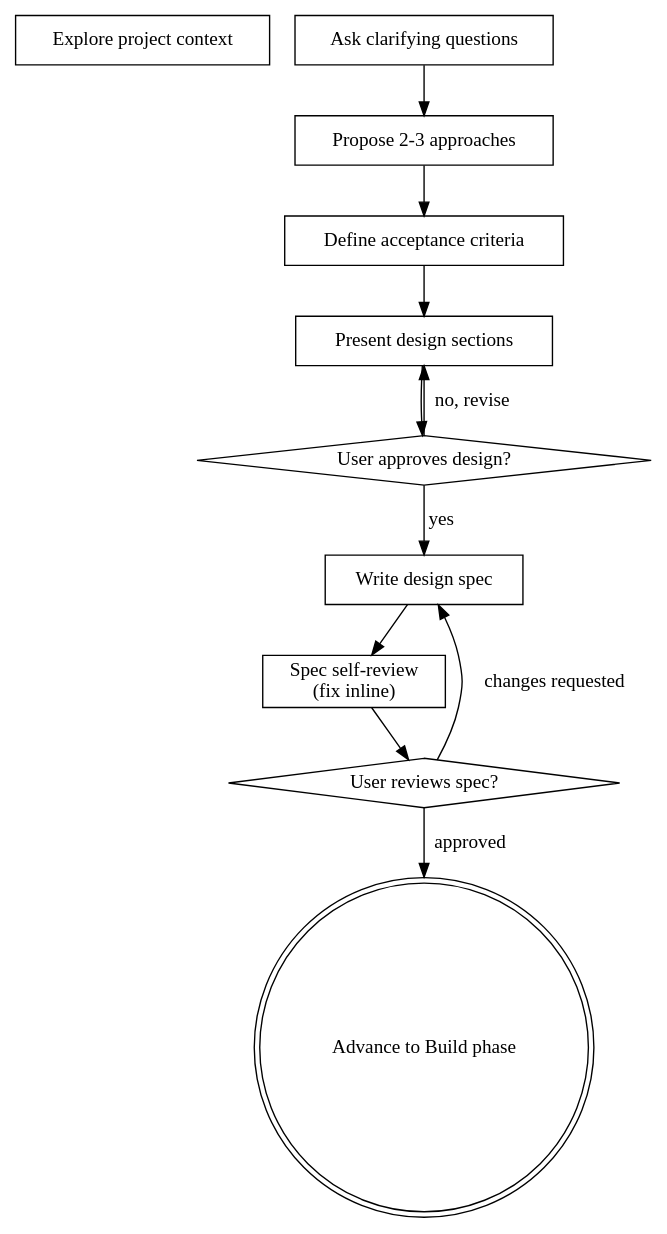
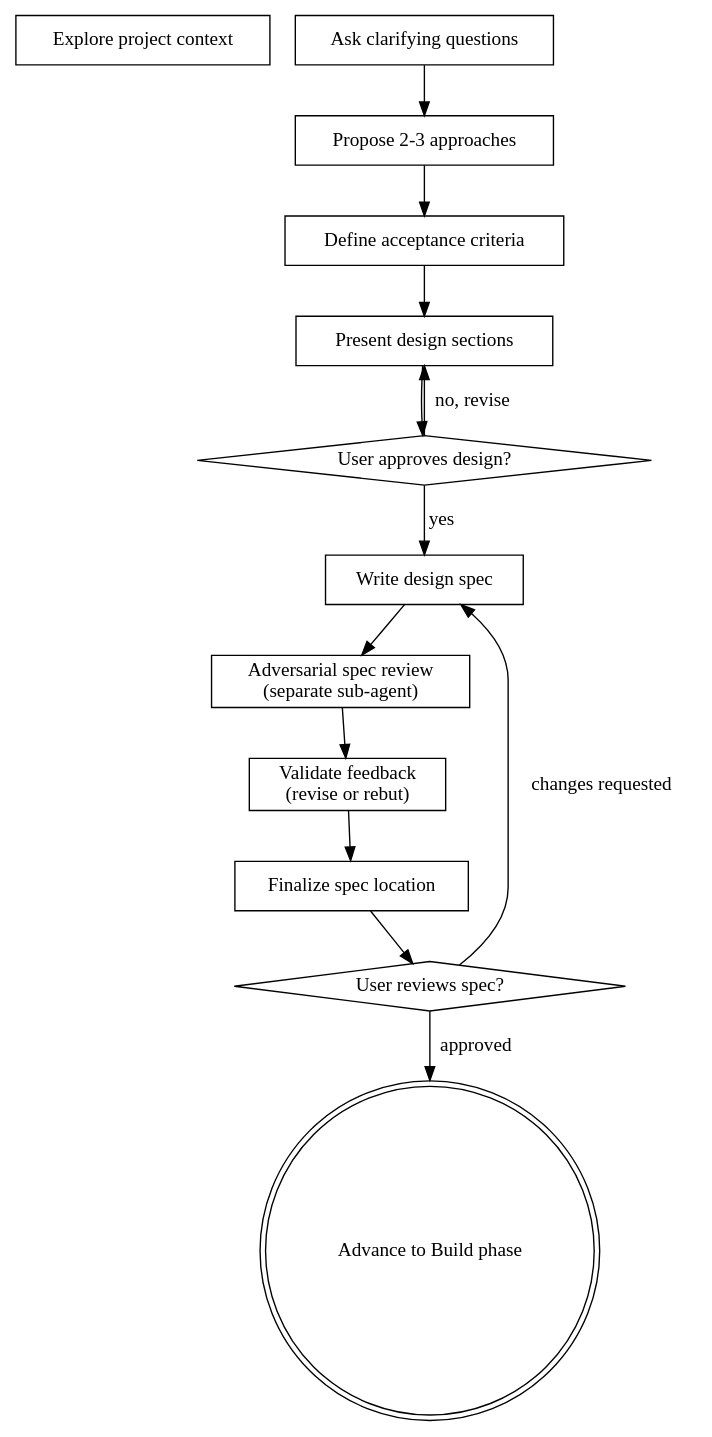
Before and after one commit to gannonh/skills: the diagram in plan-build-verify/references/plan.md, drawn with Graphviz. The commit also changed other lines of this file and 1 other file, not shown here.

````diff
--- a/plan-build-verify/references/plan.md
+++ b/plan-build-verify/references/plan.md
@@ -31,25 +33,29 @@
 ```dot
 digraph brainstorming {
     "Explore project context" [shape=box];
     "Ask clarifying questions" [shape=box];
     "Propose 2-3 approaches" [shape=box];
     "Define acceptance criteria" [shape=box];
     "Present design sections" [shape=box];
     "User approves design?" [shape=diamond];
     "Write design spec" [shape=box];
-    "Spec self-review\n(fix inline)" [shape=box];
+    "Adversarial spec review\n(separate sub-agent)" [shape=box];
+    "Validate feedback\n(revise or rebut)" [shape=box];
+    "Finalize spec location" [shape=box];
     "User reviews spec?" [shape=diamond];
     "Advance to Build phase" [shape=doublecircle];
 
     "Ask clarifying questions" -> "Propose 2-3 approaches";
     "Propose 2-3 approaches" -> "Define acceptance criteria";
     "Define acceptance criteria" -> "Present design sections";
     "Present design sections" -> "User approves design?";
     "User approves design?" -> "Present design sections" [label="no, revise"];
     "User approves design?" -> "Write design spec" [label="yes"];
-    "Write design spec" -> "Spec self-review\n(fix inline)";
-    "Spec self-review\n(fix inline)" -> "User reviews spec?";
+    "Write design spec" -> "Adversarial spec review\n(separate sub-agent)";
+    "Adversarial spec review\n(separate sub-agent)" -> "Validate feedback\n(revise or rebut)";
+    "Validate feedback\n(revise or rebut)" -> "Finalize spec location";
+    "Finalize spec location" -> "User reviews spec?";
     "User reviews spec?" -> "Write design spec" [label="changes requested"];
     "User reviews spec?" -> "Advance to Build phase" [label="approved"];
 }
 ```
````
